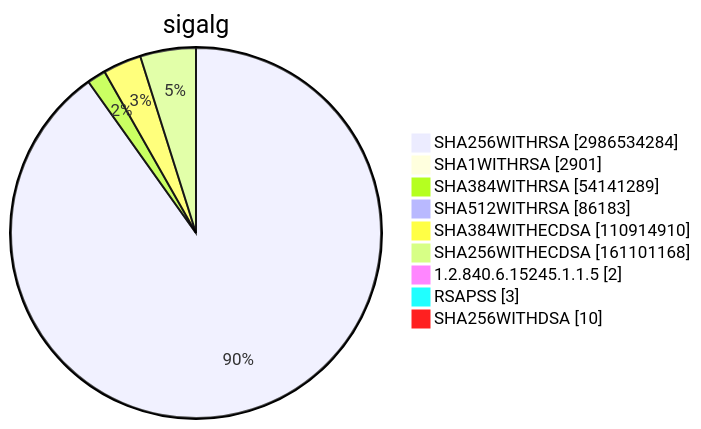
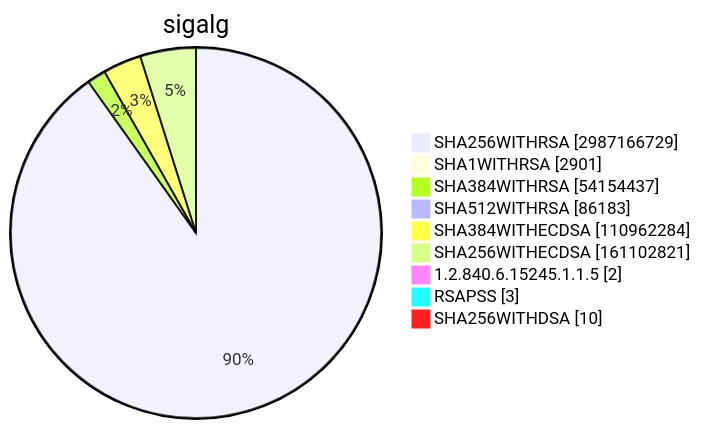
Before and after one commit to christiankrug/ctmonitor_visualization: diagram 15 of 15 in TOTAL/README.md, drawn with Mermaid. The commit also changed other lines of this file, not shown here.

````diff
--- a/TOTAL/README.md
+++ b/TOTAL/README.md
@@ -6208,13 +6208,13 @@
 ```mermaid
 pie showData
 title sigalg
-"SHA256WITHRSA" :2986534284
+"SHA256WITHRSA" :2987166729
 "SHA1WITHRSA" :2901
-"SHA384WITHRSA" :54141289
+"SHA384WITHRSA" :54154437
 "SHA512WITHRSA" :86183
-"SHA384WITHECDSA" :110914910
-"SHA256WITHECDSA" :161101168
+"SHA384WITHECDSA" :110962284
+"SHA256WITHECDSA" :161102821
 "1.2.840.6.15245.1.1.5" :2
 "RSAPSS" :3
 "SHA256WITHDSA" :10
 ```
````
